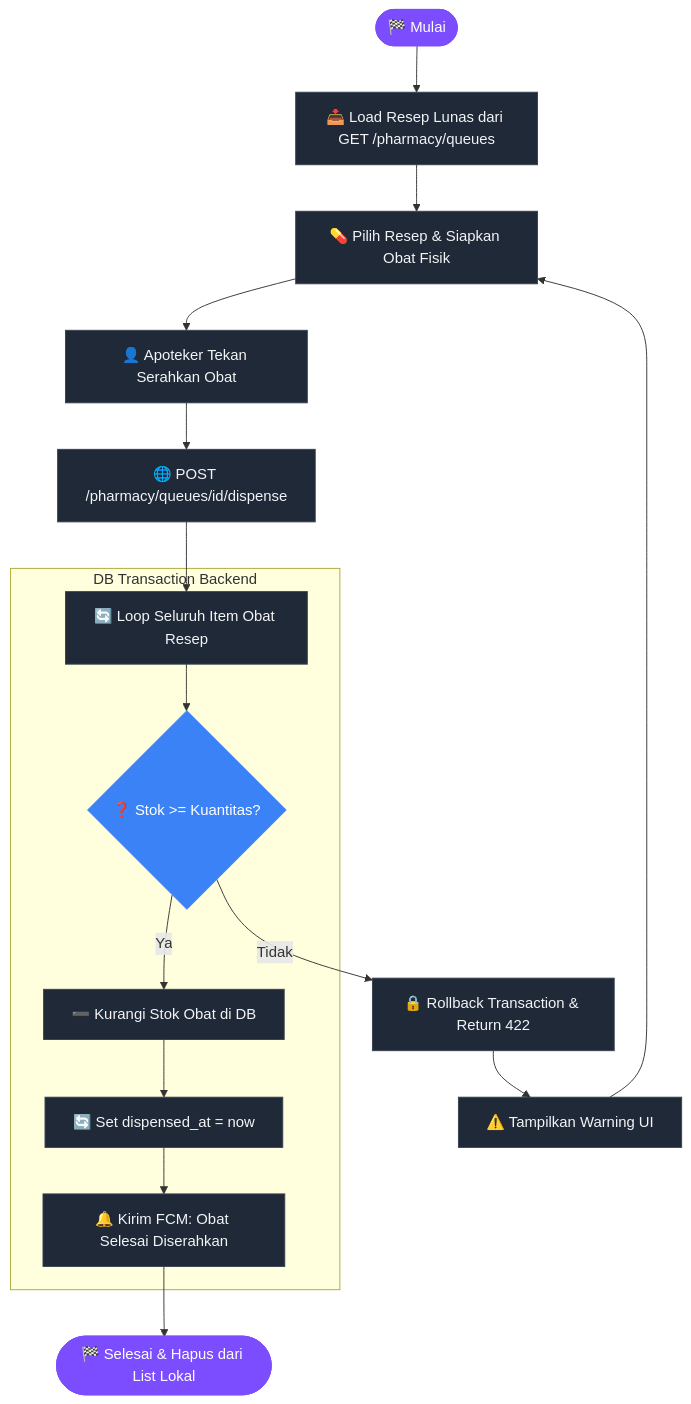
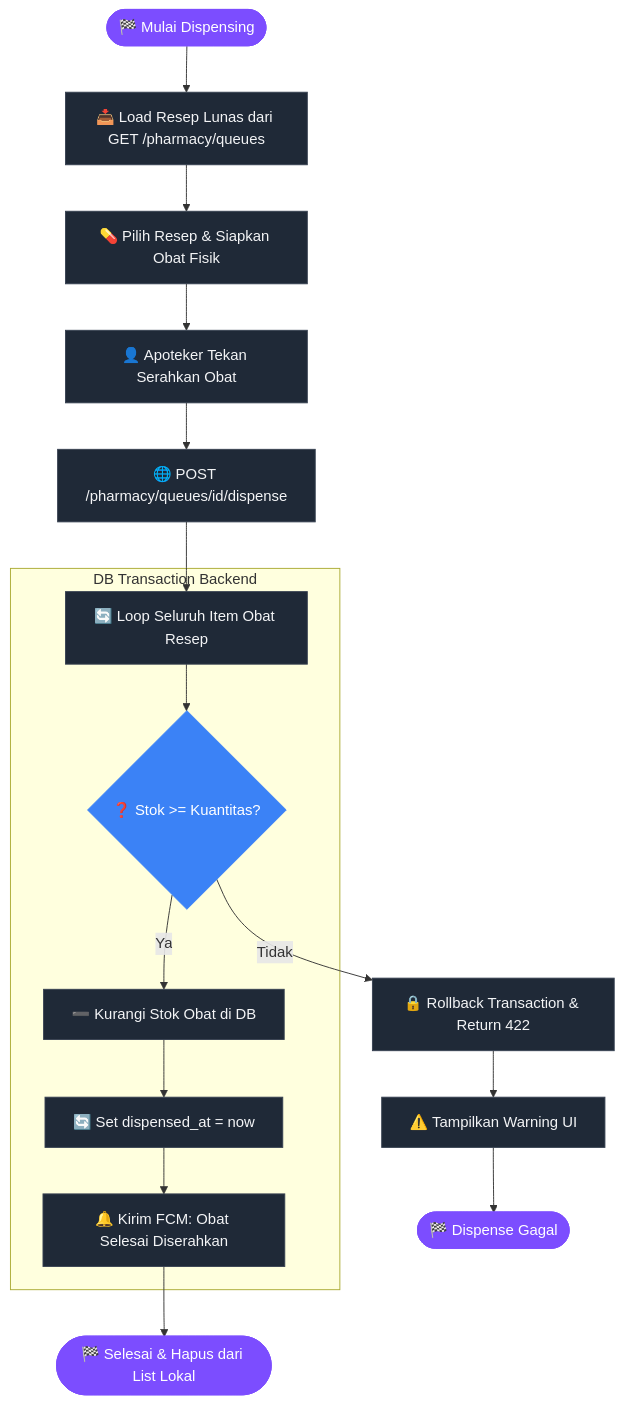
One commit to Rezi14/NalaSeva-Mobile-Test changed the ninth of 10 diagrams in dokumentasi/ALUR_BISNIS.md. Above: the diagram before and after it, drawn with Mermaid. The commit also changed other lines of this file, not shown here.

````diff
--- a/dokumentasi/ALUR_BISNIS.md
+++ b/dokumentasi/ALUR_BISNIS.md
@@ -353,26 +355,26 @@
 ```mermaid
 flowchart TD
     classDef default fill:#1f2937,stroke:#374151,stroke-width:1px,color:#f3f4f6;
     classDef startEnd fill:#7c4dff,stroke:#7c4dff,color:#fff;
     classDef decision fill:#3b82f6,stroke:#3b82f6,color:#fff;
 
-    Start([🏁 Mulai]):::startEnd --> Load[📥 Load Resep Lunas dari GET /pharmacy/queues]
+    Start([🏁 Mulai Dispensing]):::startEnd --> Load[📥 Load Resep Lunas dari GET /pharmacy/queues]
     Load --> Select[💊 Pilih Resep & Siapkan Obat Fisik]
     Select --> Dispense[👤 Apoteker Tekan Serahkan Obat]
     Dispense --> API[🌐 POST /pharmacy/queues/id/dispense]
     
     subgraph DB Transaction Backend
         DB1[🔄 Loop Seluruh Item Obat Resep]
         DB2{"❓ Stok >= Kuantitas?"}:::decision
         DB3[➖ Kurangi Stok Obat di DB]
         DB4[🔄 Set dispensed_at = now]
         DB5[🔔 Kirim FCM: Obat Selesai Diserahkan]
     end
     
     API --> DB1
     DB1 --> DB2
-    DB2 -- Tidak --> Rollback[🔒 Rollback Transaction & Return 422] --> Warning[⚠️ Tampilkan Warning UI] --> Select
+    DB2 -- Tidak --> Rollback[🔒 Rollback Transaction & Return 422] --> Warning[⚠️ Tampilkan Warning UI] --> EndFail([🏁 Dispense Gagal]):::startEnd
     DB2 -- Ya --> DB3 --> DB4 --> DB5
     
     DB5 --> Success([🏁 Selesai & Hapus dari List Lokal]):::startEnd
 ```
````
